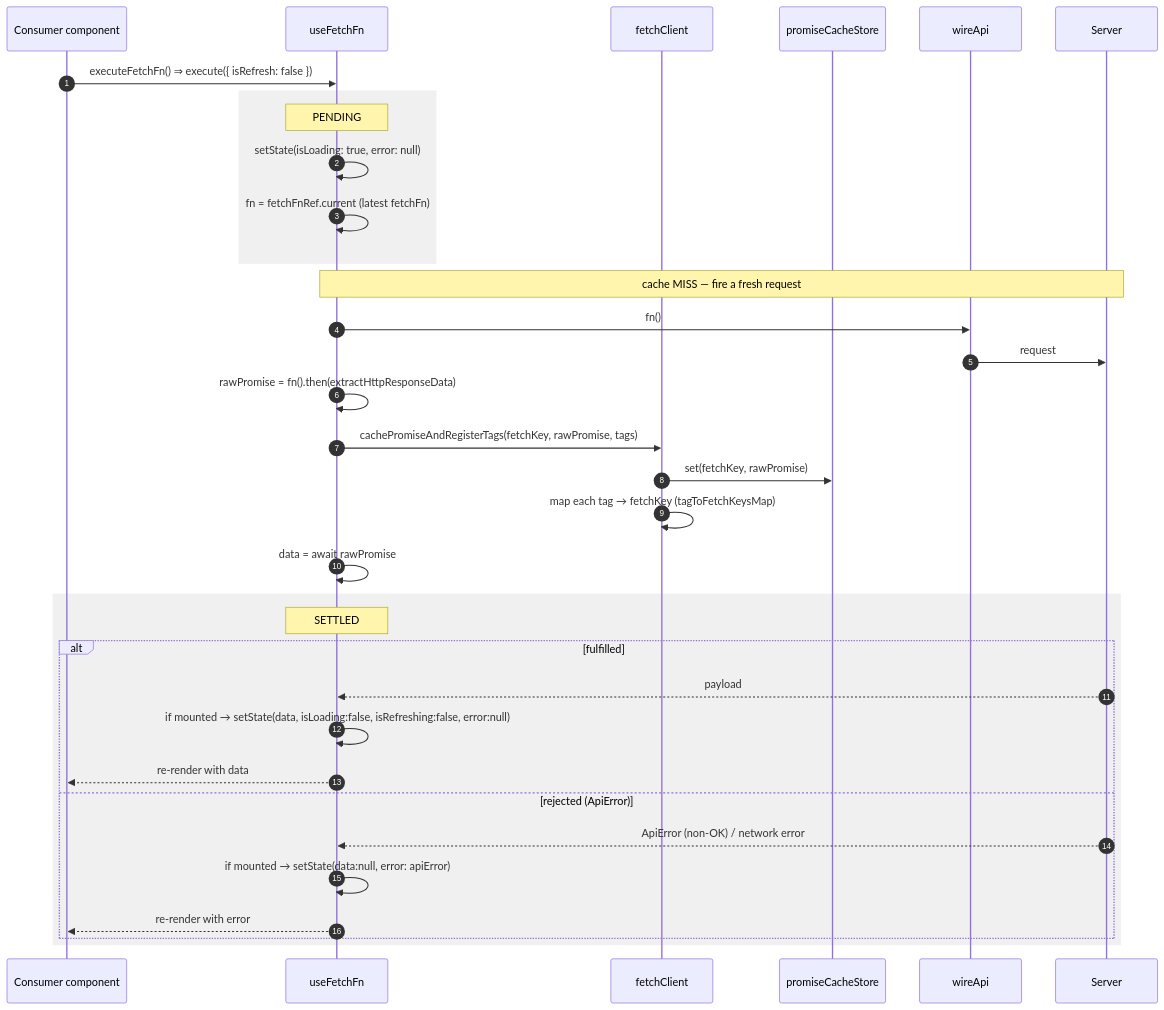
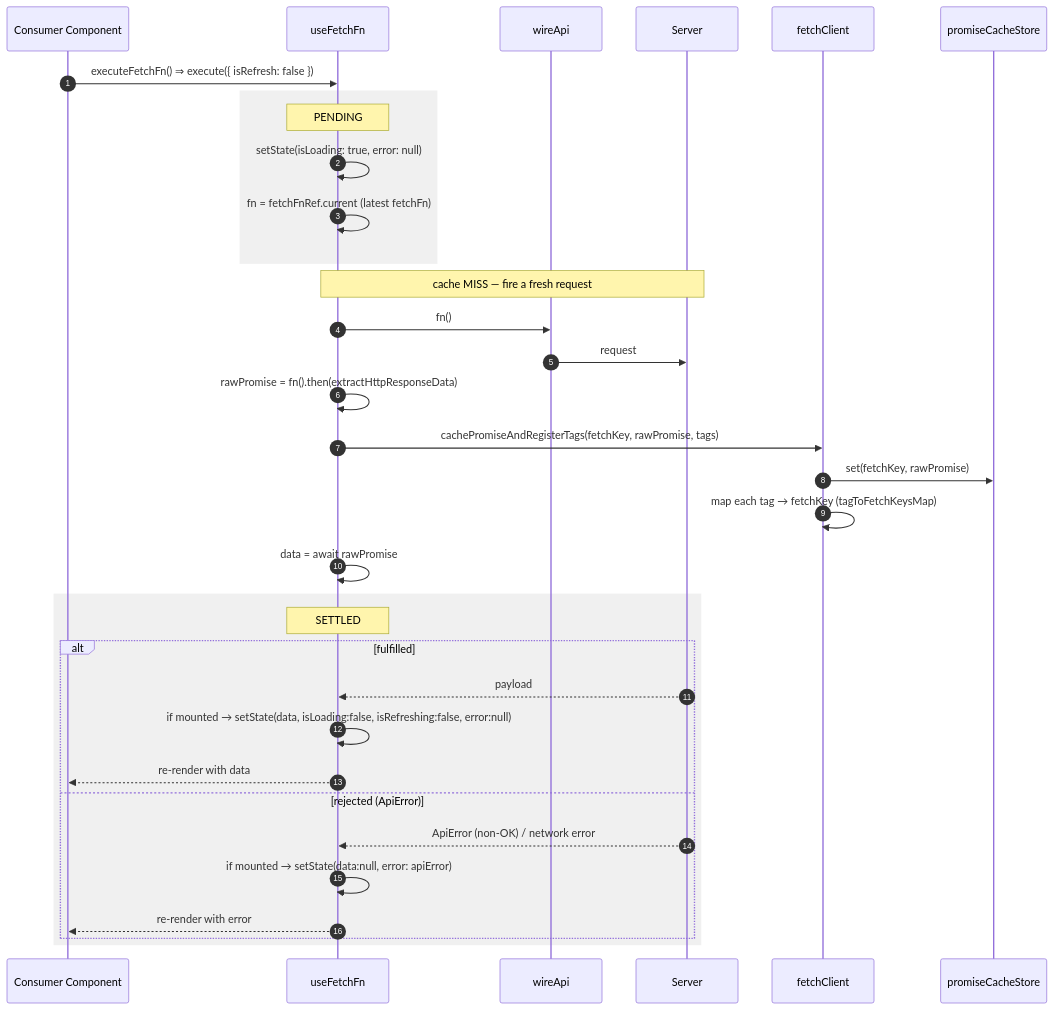
Before and after one commit to chuhaiphu/fetchwire: the third of 4 diagrams in docs/architecture/USE-FETCH-FN-FLOW.md, drawn with Mermaid. The commit also changed other lines of this file and 3 other files, not shown here.

Commit message:
fix: standardize terminology to "Consumer Component" in architecture documentation

````diff
--- a/docs/architecture/USE-FETCH-FN-FLOW.md
+++ b/docs/architecture/USE-FETCH-FN-FLOW.md
@@ -103,40 +103,40 @@
 ```mermaid
 sequenceDiagram
     autonumber
-    participant Cmp as Consumer component
+    participant Cmp as Consumer Component
     participant H as useFetchFn
+    participant Wire as wireApi
+    participant API as Server
     participant FC as fetchClient
     participant Cache as promiseCacheStore
-    participant Wire as wireApi
-    participant API as Server
 
     Cmp->>H: executeFetchFn()  ⇒ execute({ isRefresh: false })
 
     rect rgba(128,128,128,0.12)
         Note over H: PENDING
         H->>H: setState(isLoading: true, error: null)
         H->>H: fn = fetchFnRef.current  (latest fetchFn)
     end
 
     Note over H,API: cache MISS — fire a fresh request
     H->>Wire: fn()
     Wire->>API: request
     H->>H: rawPromise = fn().then(extractHttpResponseData)
     H->>FC: cachePromiseAndRegisterTags(fetchKey, rawPromise, tags)
     FC->>Cache: set(fetchKey, rawPromise)
     FC->>FC: map each tag → fetchKey (tagToFetchKeysMap)
     H->>H: data = await rawPromise
 
     rect rgba(128,128,128,0.12)
         Note over H: SETTLED
         alt fulfilled
             API-->>H: payload
             H->>H: if mounted → setState(data, isLoading:false, isRefreshing:false, error:null)
             H-->>Cmp: re-render with data
         else rejected (ApiError)
             API-->>H: ApiError (non-OK) / network error
             H->>H: if mounted → setState(data:null, error: apiError)
             H-->>Cmp: re-render with error
         end
     end
 ```
````
